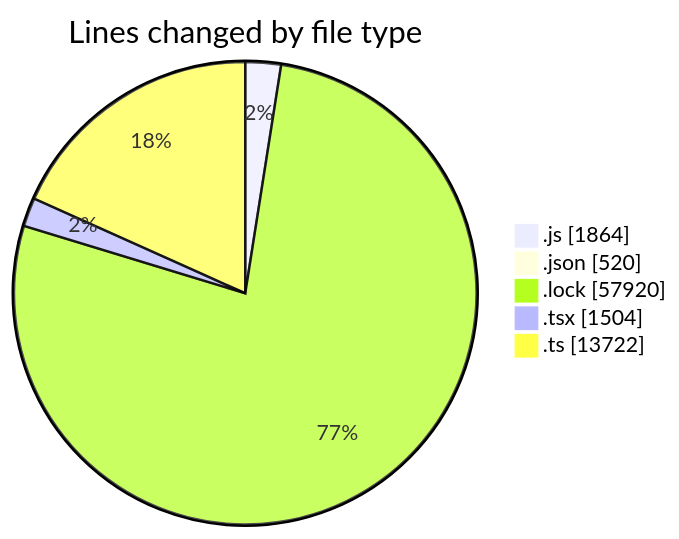
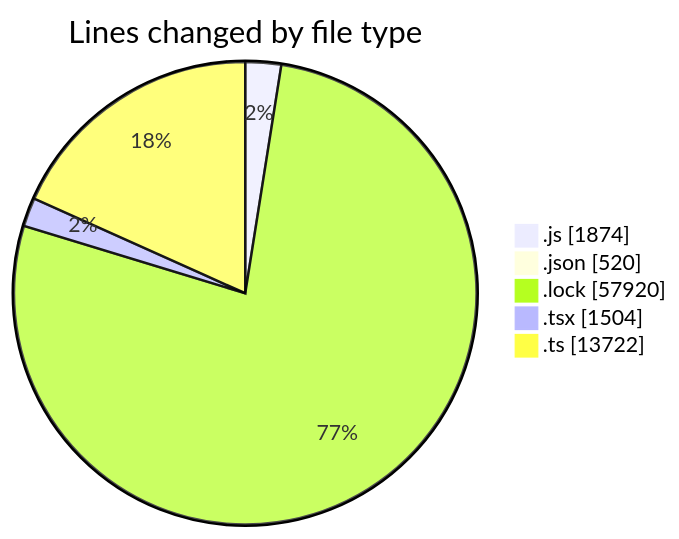
Before and after one commit to momahboobian/code-tracking: the first of 2 diagrams in 2025-12-18/cda/README.md, drawn with Mermaid. The commit also changed other lines of this file and 1 other file, not shown here.

````diff
--- a/2025-12-18/cda/README.md
+++ b/2025-12-18/cda/README.md
@@ -60,9 +60,9 @@
 ```mermaid
 pie showData
 title Lines changed by file type
-".js" : 1864
+".js" : 1874
 ".json" : 520
 ".lock" : 57920
 ".tsx" : 1504
 ".ts" : 13722
 ```
````
